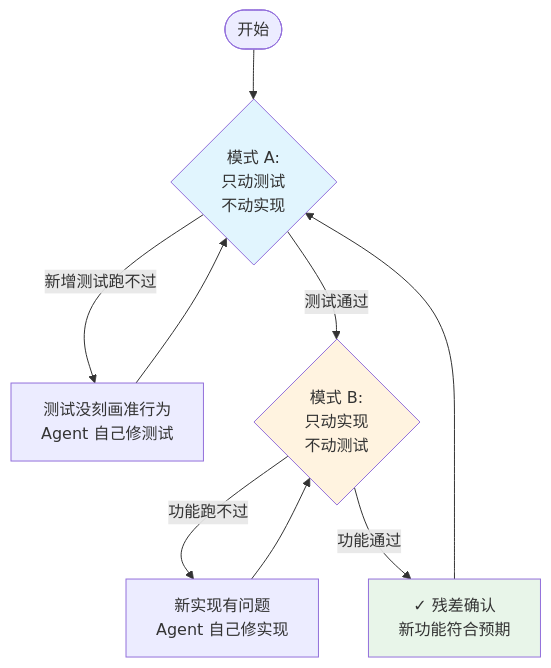
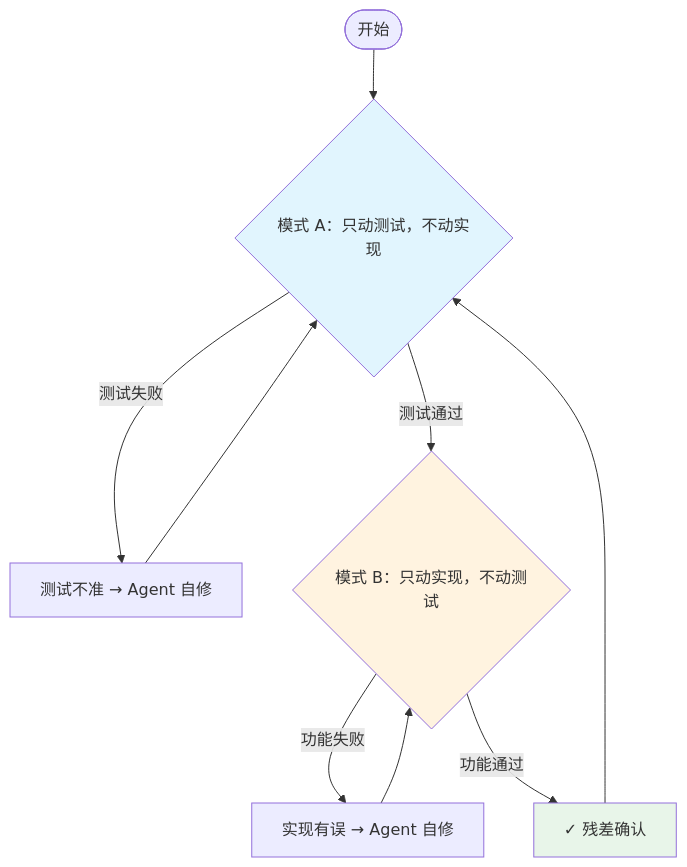
Before and after one commit to TennyZhuang/blog: the first of 2 diagrams in source/_posts/agent-testing-residual.md, drawn with Mermaid. The commit also changed other lines of this file, not shown here.

First line of the commit message:
refactor: update agent testing blog post

````diff
--- a/source/_posts/agent-testing-residual.md
+++ b/source/_posts/agent-testing-residual.md
@@ -43,15 +43,15 @@
 ```mermaid
 flowchart TD
-    Start([开始]) --> ModeA{模式 A:<br/>只动测试<br/>不动实现}
-    ModeA -->|新增测试跑不过| FixTest[测试没刻画准行为<br/>Agent 自己修测试]
+    Start([开始]) --> ModeA{模式 A：只动测试，不动实现}
+    ModeA -->|测试失败| FixTest[测试不准 → Agent 自修]
     FixTest --> ModeA
-    ModeA -->|测试通过| ModeB{模式 B:<br/>只动实现<br/>不动测试}
-    ModeB -->|功能跑不过| FixImpl[新实现有问题<br/>Agent 自己修实现]
+    ModeA -->|测试通过| ModeB{模式 B：只动实现，不动测试}
+    ModeB -->|功能失败| FixImpl[实现有误 → Agent 自修]
     FixImpl --> ModeB
-    ModeB -->|功能通过| Residual["✓ 残差确认<br/>新功能符合预期"]
+    ModeB -->|功能通过| Residual[✓ 残差确认]
     Residual --> ModeA
     
     style ModeA fill:#e1f5fe
     style ModeB fill:#fff3e0
     style Residual fill:#e8f5e9
 ```
````
